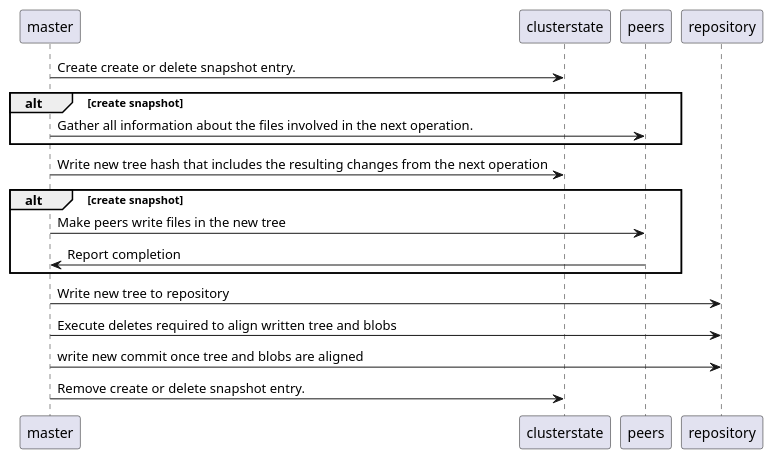
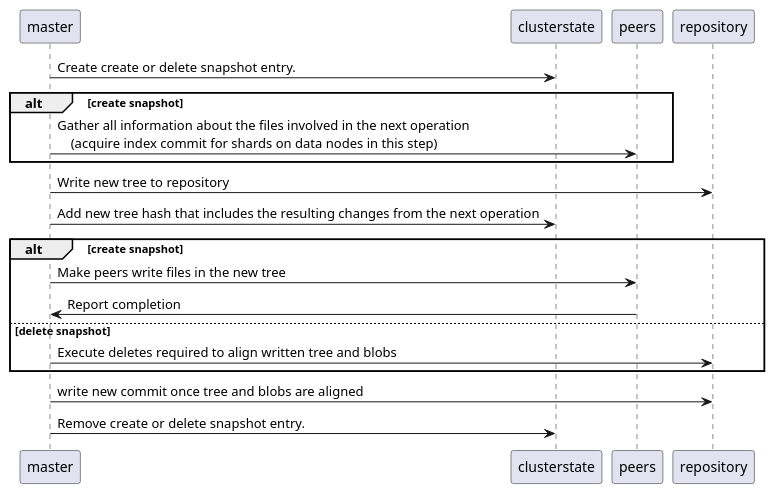
One commit to original-brownbear/elasticsearch changed the diagram in snapshot-create.puml. Above: the diagram before and after it, drawn with PlantUML.

Commit message:
aio diagram

```diff
--- a/snapshot-create.puml
+++ b/snapshot-create.puml
@@ -1,16 +1,18 @@
 @startuml
 
 master -> clusterstate: Create create or delete snapshot entry.
 alt create snapshot
-master -> peers: Gather all information about the files involved in the next operation.
-end
-master -> clusterstate: Write new tree hash that includes the resulting changes from the next operation
-alt create snapshot
-master -> peers: Make peers write files in the new tree
-master <- peers: Report completion
+    master -> peers: Gather all information about the files involved in the next operation\n\
+    (acquire index commit for shards on data nodes in this step)
 end
 master -> repository: Write new tree to repository
-master -> repository: Execute deletes required to align written tree and blobs
+master -> clusterstate: Add new tree hash that includes the resulting changes from the next operation
+alt create snapshot
+    master -> peers: Make peers write files in the new tree
+    master <- peers: Report completion
+else delete snapshot
+    master -> repository: Execute deletes required to align written tree and blobs
+end
 master -> repository: write new commit once tree and blobs are aligned
 master -> clusterstate: Remove create or delete snapshot entry.
 @enduml
```
